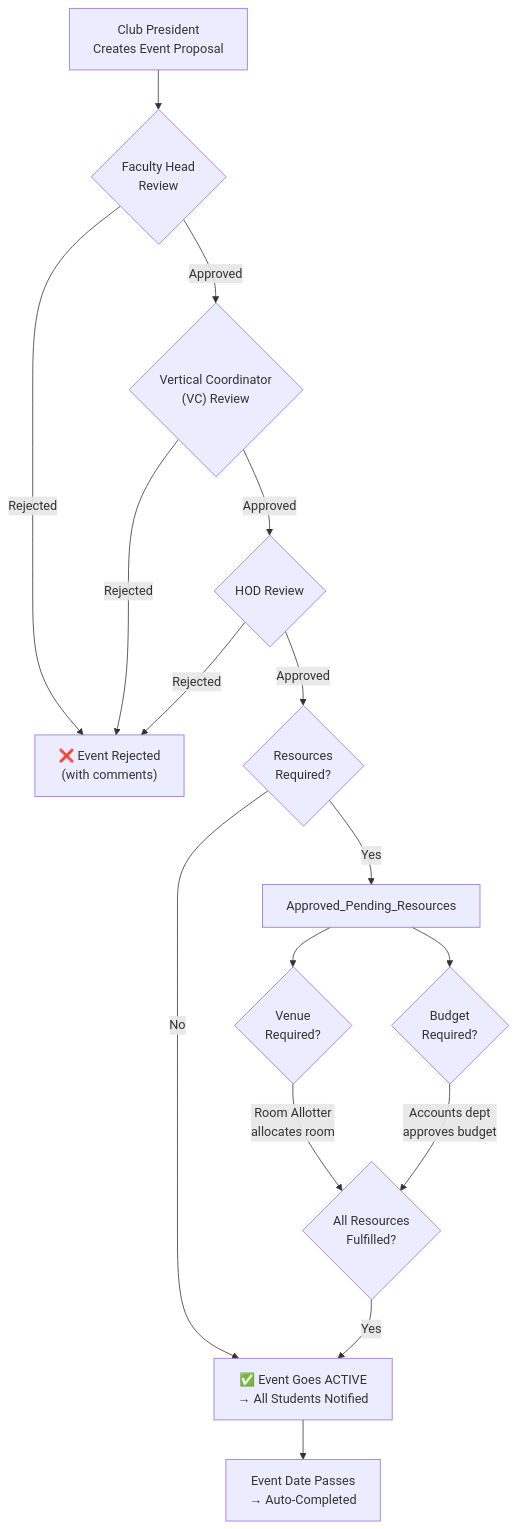
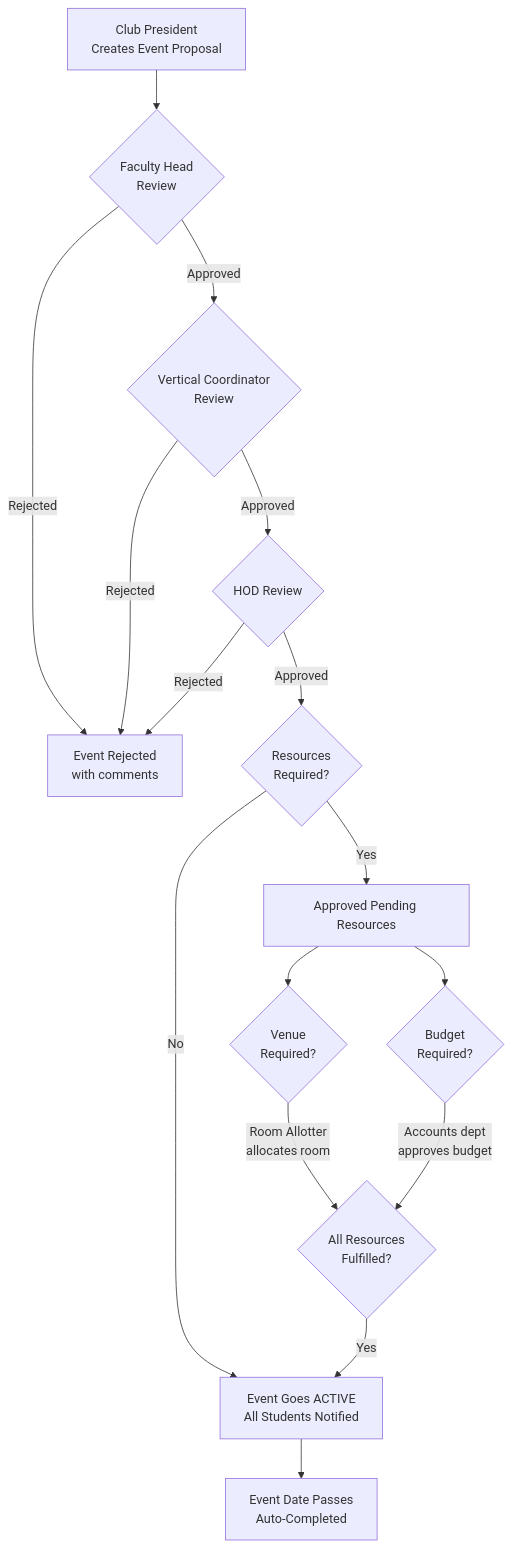
One commit to Bhushan144/campus-club-connect changed the diagram in README.md. Above: the diagram before and after it, drawn with Mermaid. The commit also changed other lines of this file, not shown here.

Commit message:
readme fixes

````diff
--- a/README.md
+++ b/README.md
@@ -208,18 +208,18 @@
 ```mermaid
 flowchart TD
-    A["Club President\nCreates Event Proposal"] --> B{"Faculty Head\nReview"}
-    B -- Approved --> C{"Vertical Coordinator\n(VC) Review"}
-    B -- Rejected --> Z["❌ Event Rejected\n(with comments)"]
-    C -- Approved --> D{"HOD Review"}
+    A[Club President<br/>Creates Event Proposal] --> B{Faculty Head<br/>Review}
+    B -- Approved --> C{Vertical Coordinator<br/>Review}
+    B -- Rejected --> Z[Event Rejected<br/>with comments]
+    C -- Approved --> D{HOD Review}
     C -- Rejected --> Z
-    D -- Approved --> E{"Resources\nRequired?"}
+    D -- Approved --> E{Resources<br/>Required?}
     D -- Rejected --> Z
-    E -- No --> G["✅ Event Goes ACTIVE\n→ All Students Notified"]
-    E -- Yes --> F["Approved_Pending_Resources"]
-    F --> H{"Venue\nRequired?"}
-    F --> I{"Budget\nRequired?"}
-    H -- "Room Allotter\nallocates room" --> J{"All Resources\nFulfilled?"}
-    I -- "Accounts dept\napproves budget" --> J
+    E -- No --> G[Event Goes ACTIVE<br/>All Students Notified]
+    E -- Yes --> F[Approved Pending Resources]
+    F --> H{Venue<br/>Required?}
+    F --> I{Budget<br/>Required?}
+    H -- Room Allotter<br/>allocates room --> J{All Resources<br/>Fulfilled?}
+    I -- Accounts dept<br/>approves budget --> J
     J -- Yes --> G
-    G --> K["Event Date Passes\n→ Auto-Completed"]
+    G --> K[Event Date Passes<br/>Auto-Completed]
 ```
````
